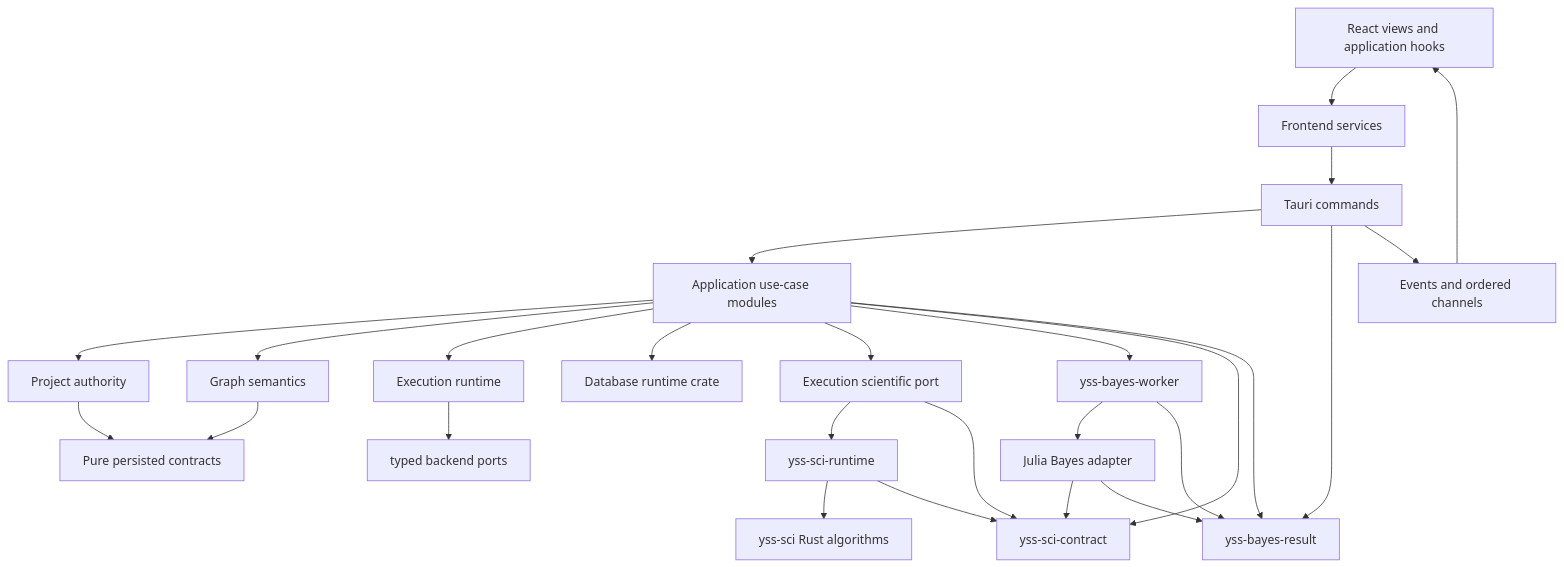
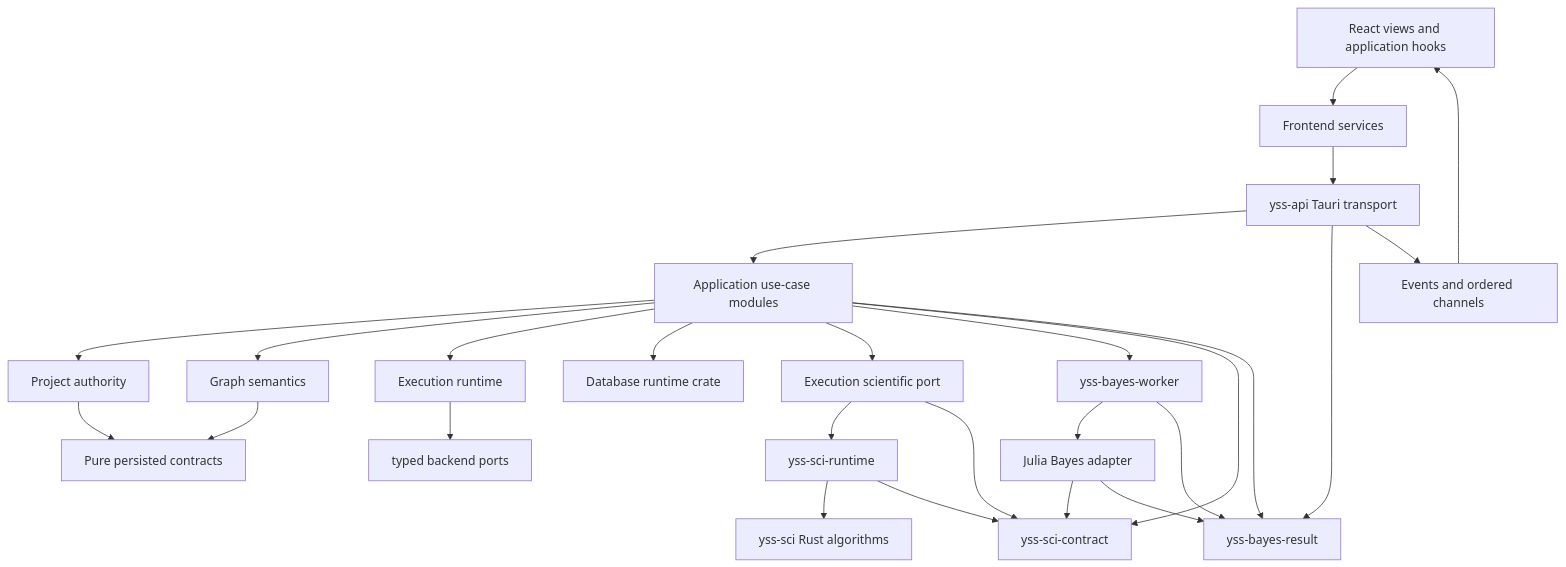
The first of 3 diagrams in docs/architecture/ARCHITECTURE.md (zhouyi207/YssBI), drawn with Mermaid before and after one commit. The commit also changed other lines of this file and 62 other files, not shown here.

First line of the commit message:
refactor(api): extract Tauri transport boundary

````diff
--- a/docs/architecture/ARCHITECTURE.md
+++ b/docs/architecture/ARCHITECTURE.md
@@ -32,28 +33,28 @@
 ```mermaid
 flowchart TD
   UI[React views and application hooks] --> FE[Frontend services]
-  FE --> CMD[Tauri commands]
+  FE --> CMD[yss-api Tauri transport]
   CMD --> APP[Application use-case modules]
   APP --> PROJECT[Project authority]
   APP --> GRAPH[Graph semantics]
   APP --> EXEC[Execution runtime]
   APP --> DB[Database runtime crate]
   APP --> SCI[Execution scientific port]
   APP --> BAYESWORKER[yss-bayes-worker]
   PROJECT --> PURE[Pure persisted contracts]
   GRAPH --> PURE
   EXEC --> PORTS[typed backend ports]
   SCI --> SCIRUNTIME[yss-sci-runtime]
   SCIRUNTIME --> RUSTSCI[yss-sci Rust algorithms]
   BAYESWORKER --> JULIA[Julia Bayes adapter]
   APP --> SCICONTRACT[yss-sci-contract]
   SCI --> SCICONTRACT
   SCIRUNTIME --> SCICONTRACT
   JULIA --> SCICONTRACT
   CMD --> BAYESRESULT[yss-bayes-result]
   APP --> BAYESRESULT
   BAYESWORKER --> BAYESRESULT
   JULIA --> BAYESRESULT
   CMD --> CHANNEL[Events and ordered channels]
   CHANNEL --> UI
 ```
````
